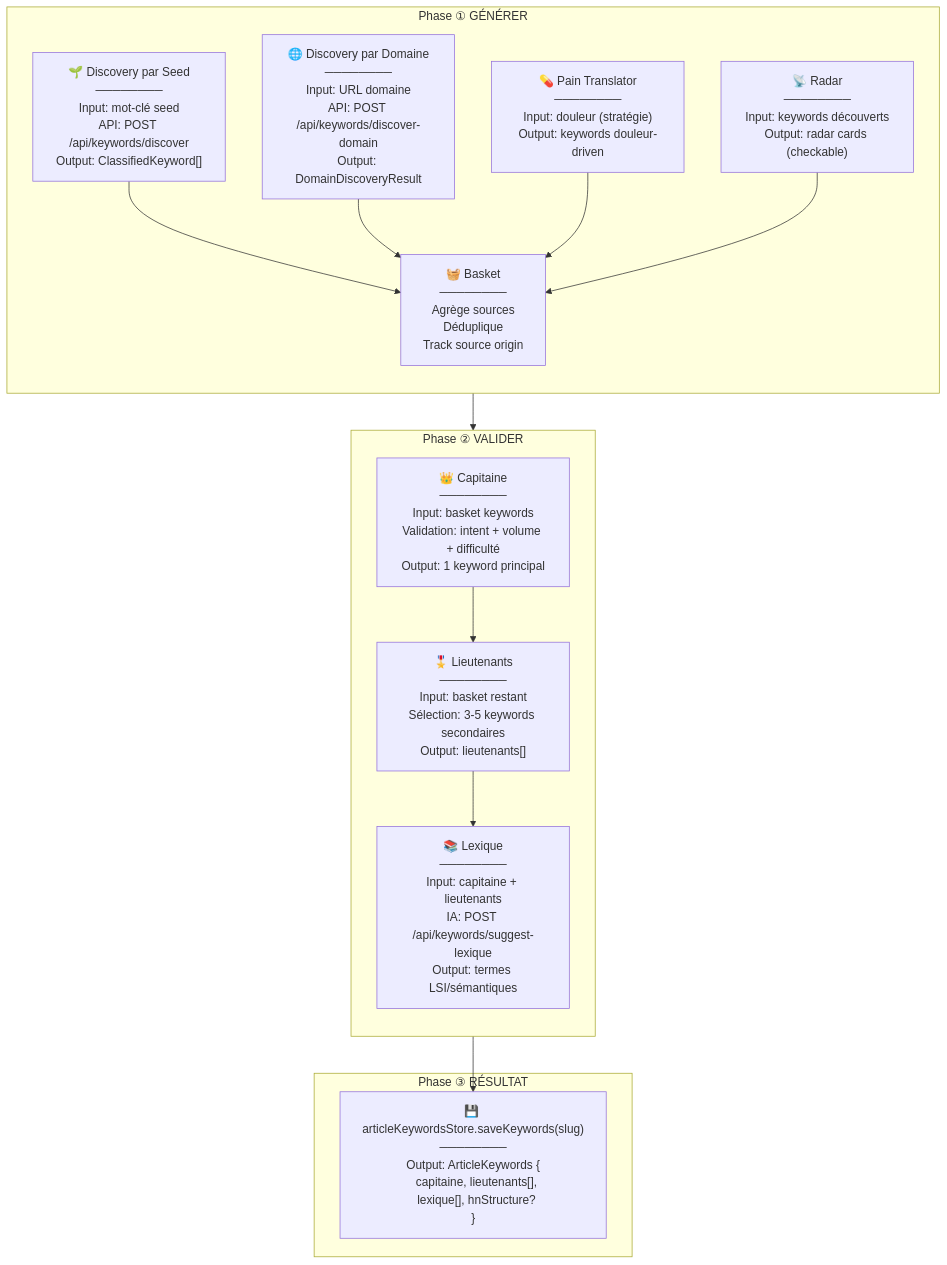
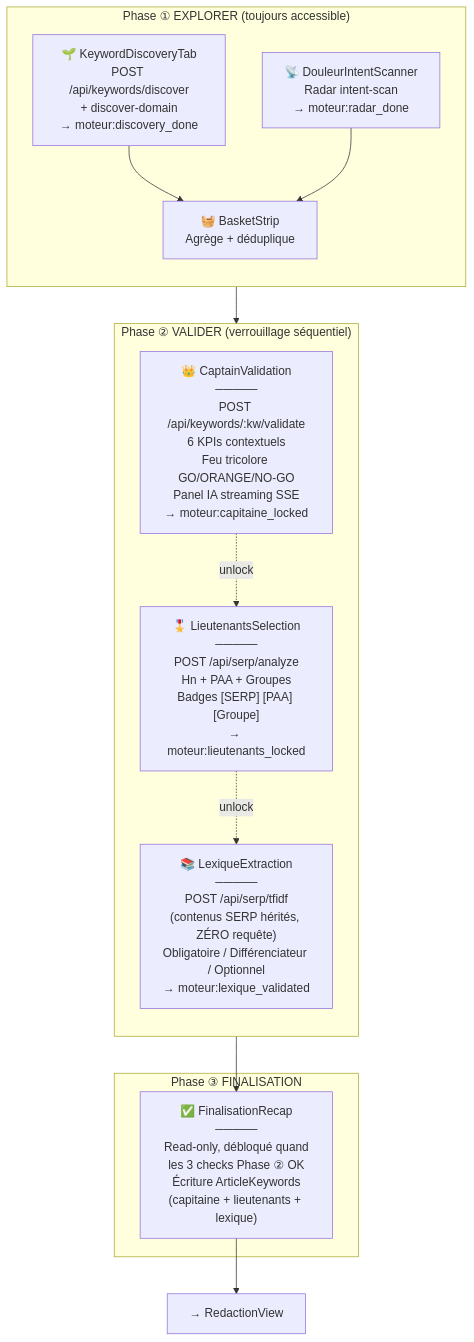
The eighth of 24 diagrams in ARCHITECTURE_FLOWS.md (annubis-knight/Blog_Redactor_SEO), drawn with Mermaid before and after one commit. The commit also changed other lines of this file and 400 other files, not shown here.

````diff
--- a/ARCHITECTURE_FLOWS.md
+++ b/ARCHITECTURE_FLOWS.md
@@ -466,32 +493,30 @@
 ```mermaid
 graph TB
-    subgraph Phase1["Phase ① GÉNÉRER"]
+    subgraph Phase1["Phase ① EXPLORER (toujours accessible)"]
         direction TB
-        SEED["🌱 Discovery par Seed<br>────────<br>Input: mot-clé seed<br>API: POST /api/keywords/discover<br>Output: ClassifiedKeyword[]"]
-        DOMAIN["🌐 Discovery par Domaine<br>────────<br>Input: URL domaine<br>API: POST /api/keywords/discover-domain<br>Output: DomainDiscoveryResult"]
-        PAIN["💊 Pain Translator<br>────────<br>Input: douleur (stratégie)<br>Output: keywords douleur-driven"]
-        RADAR["📡 Radar<br>────────<br>Input: keywords découverts<br>Output: radar cards (checkable)"]
-        BASKET["🧺 Basket<br>────────<br>Agrège sources<br>Déduplique<br>Track source origin"]
+        SEED["🌱 KeywordDiscoveryTab<br>POST /api/keywords/discover<br>+ discover-domain<br>→ moteur:discovery_done"]
+        RADAR["📡 DouleurIntentScanner<br>Radar intent-scan<br>→ moteur:radar_done"]
+        BASKET["🧺 BasketStrip<br>Agrège + déduplique"]
 
         SEED --> BASKET
-        DOMAIN --> BASKET
-        PAIN --> BASKET
         RADAR --> BASKET
     end
 
-    subgraph Phase2["Phase ② VALIDER"]
+    subgraph Phase2["Phase ② VALIDER (verrouillage séquentiel)"]
         direction TB
-        CAPT["👑 Capitaine<br>────────<br>Input: basket keywords<br>Validation: intent + volume + difficulté<br>Output: 1 keyword principal"]
-        LT["🎖️ Lieutenants<br>────────<br>Input: basket restant<br>Sélection: 3-5 keywords secondaires<br>Output: lieutenants[]"]
-        LEX["📚 Lexique<br>────────<br>Input: capitaine + lieutenants<br>IA: POST /api/keywords/suggest-lexique<br>Output: termes LSI/sémantiques"]
+        CAPT["👑 CaptainValidation<br>─────<br>POST /api/keywords/:kw/validate<br>6 KPIs contextuels<br>Feu tricolore GO/ORANGE/NO-GO<br>Panel IA streaming SSE<br>→ moteur:capitaine_locked"]
+        LT["🎖️ LieutenantsSelection<br>─────<br>POST /api/serp/analyze<br>Hn + PAA + Groupes<br>Badges [SERP] [PAA] [Groupe]<br>→ moteur:lieutenants_locked"]
+        LEX["📚 LexiqueExtraction<br>─────<br>POST /api/serp/tfidf<br>(contenus SERP hérités, ZÉRO requête)<br>Obligatoire / Différenciateur / Optionnel<br>→ moteur:lexique_validated"]
 
-        CAPT --> LT --> LEX
+        CAPT -.->|unlock| LT
+        LT -.->|unlock| LEX
     end
 
-    subgraph Result["Phase ③ RÉSULTAT"]
-        SAVE["💾 articleKeywordsStore.saveKeywords(slug)<br>────────<br>Output: ArticleKeywords {<br>  capitaine, lieutenants[],<br>  lexique[], hnStructure?<br>}"]
+    subgraph Phase3["Phase ③ FINALISATION"]
+        FINAL["✅ FinalisationRecap<br>─────<br>Read-only, débloqué quand<br>les 3 checks Phase ② OK<br>Écriture ArticleKeywords<br>(capitaine + lieutenants + lexique)"]
     end
 
     BASKET --> CAPT
-    LEX --> SAVE
+    LEX --> FINAL
+    FINAL --> REDAC["→ RedactionView"]
 ```
````
